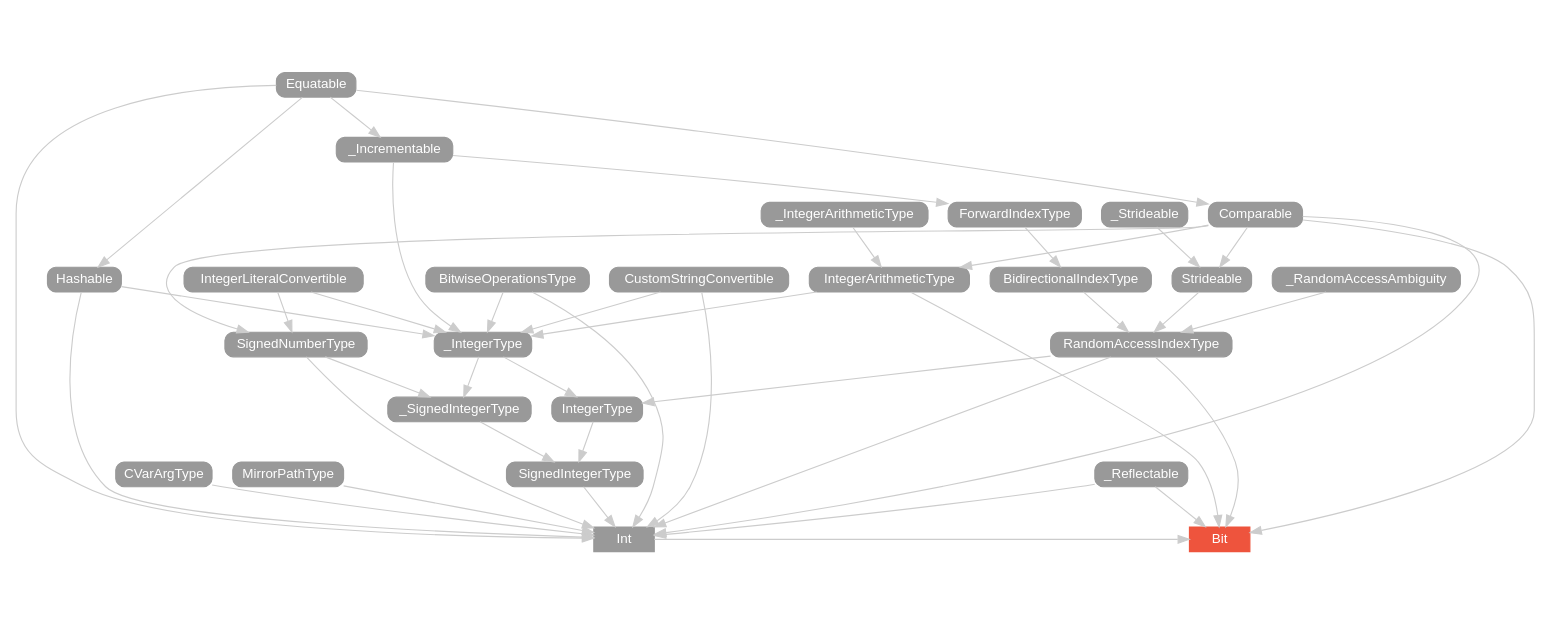
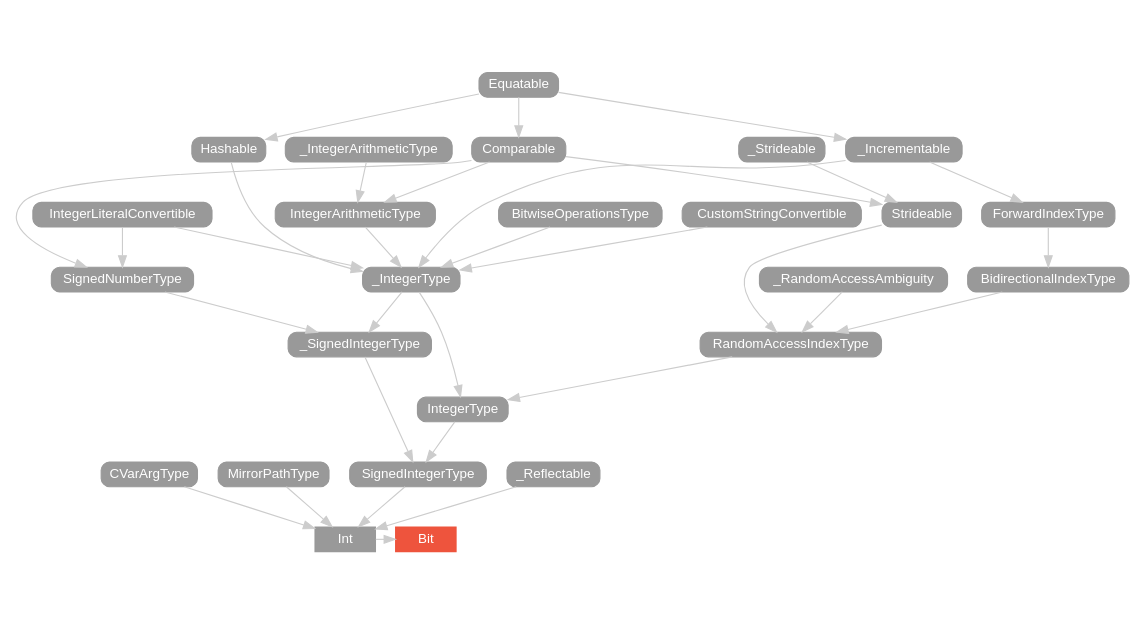
The diagram in v2.1/type/Bit/hierarchy/index.dot (SwiftDoc/SwiftDoc.github.io), drawn with Graphviz before and after one commit. The commit also changed 1932 other files, not shown here.

```diff
--- a/v2.1/type/Bit/hierarchy/index.dot
+++ b/v2.1/type/Bit/hierarchy/index.dot
@@ -1,115 +1,77 @@
 strict digraph "Bit - Type Hierarchy - SwiftDoc.org" {
     pad="0.1,0.8"
     node [shape=box, style="filled,rounded", color="#999999", fillcolor="#999999", fontcolor=white, fontname=Helvetica, fontnames="Helvetica,sansserif", fontsize=12, margin="0.07,0.05", height="0.3"]
     edge [color="#cccccc"]
     "BidirectionalIndexType" [URL="/protocol/BidirectionalIndexType/"]
     "Bit" [URL="/type/Bit/", style="filled", fillcolor="#ee543d", color="#ee543d"]
     "BitwiseOperationsType" [URL="/protocol/BitwiseOperationsType/"]
     "CVarArgType" [URL="/protocol/CVarArgType/"]
     "Comparable" [URL="/protocol/Comparable/"]
     "CustomStringConvertible" [URL="/protocol/CustomStringConvertible/"]
     "Equatable" [URL="/protocol/Equatable/"]
     "ForwardIndexType" [URL="/protocol/ForwardIndexType/"]
     "Hashable" [URL="/protocol/Hashable/"]
     "Int" [URL="/type/Int/", style=filled]
     "IntegerArithmeticType" [URL="/protocol/IntegerArithmeticType/"]
     "IntegerLiteralConvertible" [URL="/protocol/IntegerLiteralConvertible/"]
     "IntegerType" [URL="/protocol/IntegerType/"]
     "MirrorPathType" [URL="/protocol/MirrorPathType/"]
     "RandomAccessIndexType" [URL="/protocol/RandomAccessIndexType/"]
     "SignedIntegerType" [URL="/protocol/SignedIntegerType/"]
     "SignedNumberType" [URL="/protocol/SignedNumberType/"]
     "Strideable" [URL="/protocol/Strideable/"]
     "_Incrementable" [URL="/protocol/_Incrementable/"]
     "_IntegerArithmeticType" [URL="/protocol/_IntegerArithmeticType/"]
     "_IntegerType" [URL="/protocol/_IntegerType/"]
     "_RandomAccessAmbiguity" [URL="/protocol/_RandomAccessAmbiguity/"]
     "_Reflectable" [URL="/protocol/_Reflectable/"]
     "_SignedIntegerType" [URL="/protocol/_SignedIntegerType/"]
     "_Strideable" [URL="/protocol/_Strideable/"]    "Int" -> "Bit"
-    "Comparable" -> "Bit"
-    "RandomAccessIndexType" -> "Bit"
-    "_Reflectable" -> "Bit"
-    "IntegerArithmeticType" -> "Bit"
     "SignedIntegerType" -> "Int"
-    "Comparable" -> "Int"
-    "Equatable" -> "Int"
-    "RandomAccessIndexType" -> "Int"
-    "Hashable" -> "Int"
-    "CustomStringConvertible" -> "Int"
-    "SignedNumberType" -> "Int"
-    "BitwiseOperationsType" -> "Int"
     "_Reflectable" -> "Int"
     "MirrorPathType" -> "Int"
     "CVarArgType" -> "Int"
     "_SignedIntegerType" -> "SignedIntegerType"
     "IntegerType" -> "SignedIntegerType"
     "_IntegerType" -> "_SignedIntegerType"
     "SignedNumberType" -> "_SignedIntegerType"
     "IntegerLiteralConvertible" -> "_IntegerType"
     "CustomStringConvertible" -> "_IntegerType"
     "Hashable" -> "_IntegerType"
     "IntegerArithmeticType" -> "_IntegerType"
     "BitwiseOperationsType" -> "_IntegerType"
     "_Incrementable" -> "_IntegerType"
     "Equatable" -> "Hashable"
     "_IntegerArithmeticType" -> "IntegerArithmeticType"
     "Comparable" -> "IntegerArithmeticType"
     "Equatable" -> "Comparable"
     "Equatable" -> "_Incrementable"
     "Comparable" -> "SignedNumberType"
     "IntegerLiteralConvertible" -> "SignedNumberType"
     "Equatable" -> "Comparable"
     "_IntegerType" -> "IntegerType"
     "RandomAccessIndexType" -> "IntegerType"
     "IntegerLiteralConvertible" -> "_IntegerType"
     "CustomStringConvertible" -> "_IntegerType"
     "Hashable" -> "_IntegerType"
     "IntegerArithmeticType" -> "_IntegerType"
     "BitwiseOperationsType" -> "_IntegerType"
     "_Incrementable" -> "_IntegerType"
     "Equatable" -> "Hashable"
     "_IntegerArithmeticType" -> "IntegerArithmeticType"
     "Comparable" -> "IntegerArithmeticType"
     "Equatable" -> "Comparable"
     "Equatable" -> "_Incrementable"
     "BidirectionalIndexType" -> "RandomAccessIndexType"
     "Strideable" -> "RandomAccessIndexType"
     "_RandomAccessAmbiguity" -> "RandomAccessIndexType"
     "ForwardIndexType" -> "BidirectionalIndexType"
     "_Incrementable" -> "ForwardIndexType"
     "Equatable" -> "_Incrementable"
     "Comparable" -> "Strideable"
     "_Strideable" -> "Strideable"
     "Equatable" -> "Comparable"
-    "Equatable" -> "Comparable"
-    "BidirectionalIndexType" -> "RandomAccessIndexType"
-    "Strideable" -> "RandomAccessIndexType"
-    "_RandomAccessAmbiguity" -> "RandomAccessIndexType"
-    "ForwardIndexType" -> "BidirectionalIndexType"
-    "_Incrementable" -> "ForwardIndexType"
-    "Equatable" -> "_Incrementable"
-    "Comparable" -> "Strideable"
-    "_Strideable" -> "Strideable"
-    "Equatable" -> "Comparable"
-    "Equatable" -> "Hashable"
-    "Comparable" -> "SignedNumberType"
-    "IntegerLiteralConvertible" -> "SignedNumberType"
-    "Equatable" -> "Comparable"
-    "Equatable" -> "Comparable"
-    "BidirectionalIndexType" -> "RandomAccessIndexType"
-    "Strideable" -> "RandomAccessIndexType"
-    "_RandomAccessAmbiguity" -> "RandomAccessIndexType"
-    "ForwardIndexType" -> "BidirectionalIndexType"
-    "_Incrementable" -> "ForwardIndexType"
-    "Equatable" -> "_Incrementable"
-    "Comparable" -> "Strideable"
-    "_Strideable" -> "Strideable"
-    "Equatable" -> "Comparable"
-    "_IntegerArithmeticType" -> "IntegerArithmeticType"
-    "Comparable" -> "IntegerArithmeticType"
-    "Equatable" -> "Comparable"
     subgraph Types {
         rank = max; "Int"; "Bit";
     }
 }
```
